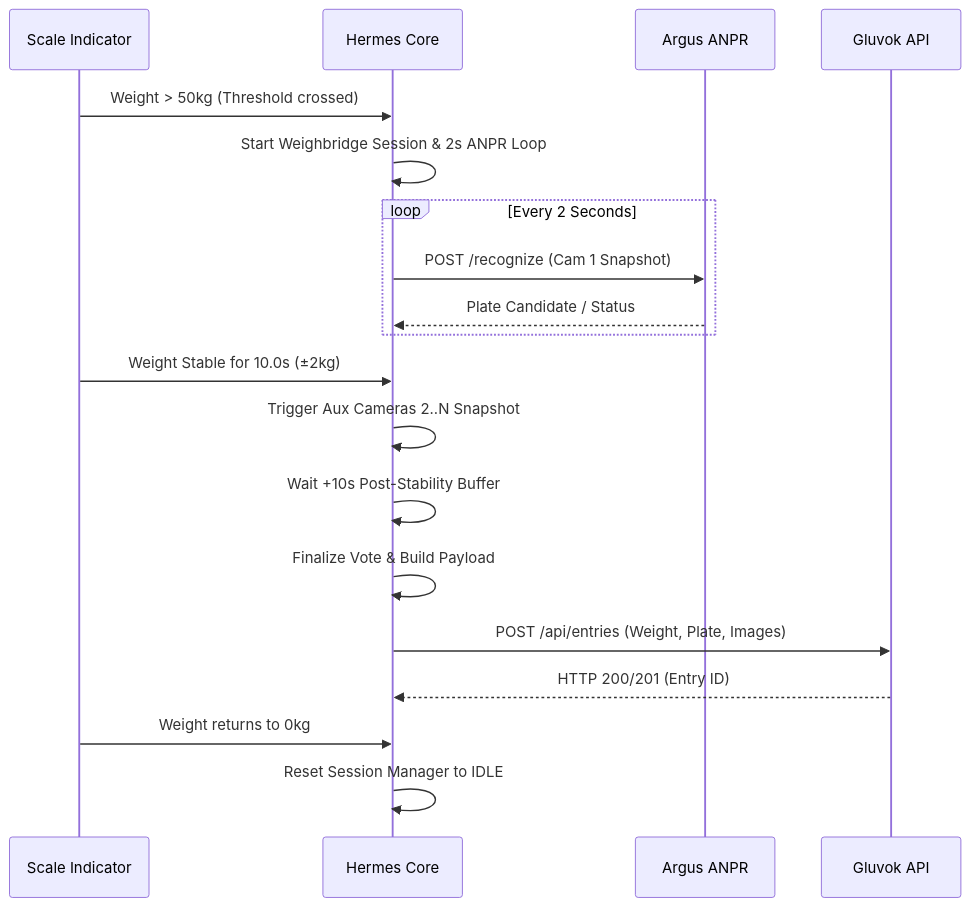
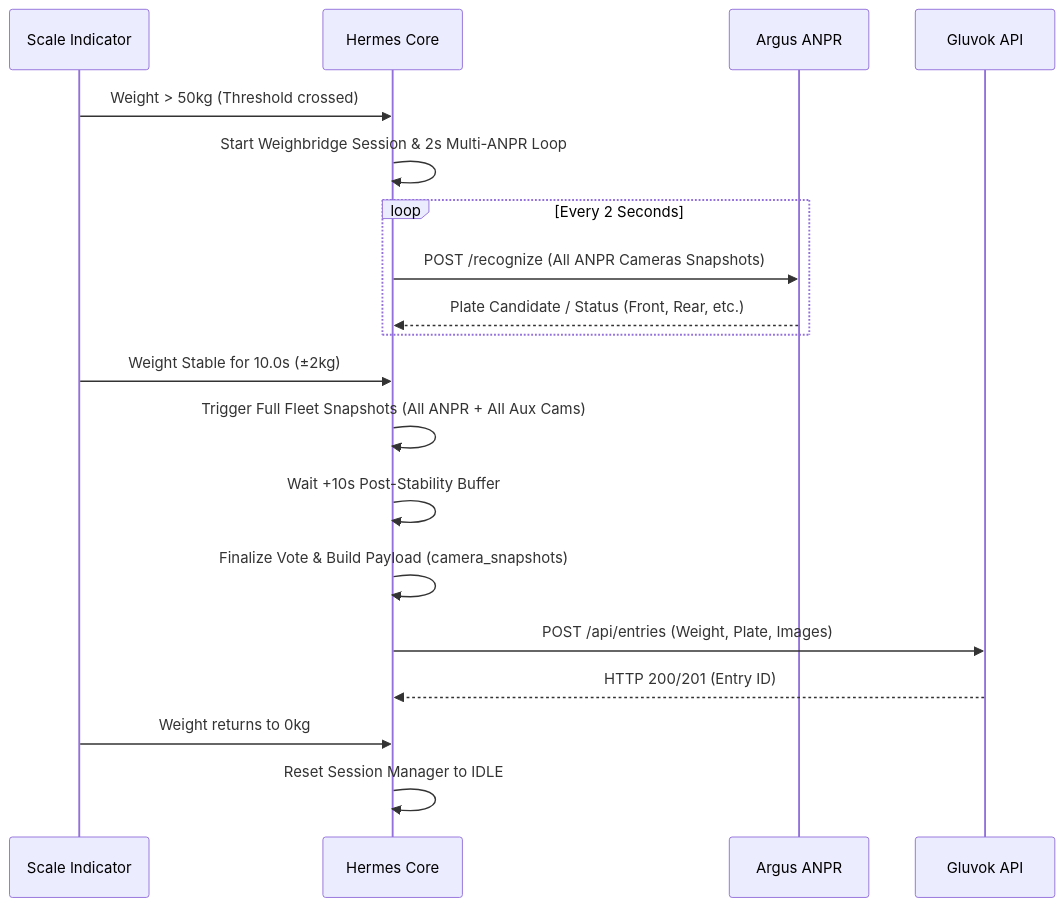
One commit to dheereshag/hermes changed the second of 2 diagrams in docs/ARCHITECTURE.md. Above: the diagram before and after it, drawn with Mermaid. The commit also changed other lines of this file and 16 other files, not shown here.

Commit message:
refactor: replace auxiliary camera capture with full-fleet snapshots and multi-camera ANPR workflows

````diff
--- a/docs/ARCHITECTURE.md
+++ b/docs/ARCHITECTURE.md
@@ -210,22 +212,22 @@
 ```mermaid
 sequenceDiagram
     participant Scale as Scale Indicator
     participant Herm as Hermes Core
     participant Argus as Argus ANPR
     participant Cloud as Gluvok API
 
     Scale->>Herm: Weight > 50kg (Threshold crossed)
-    Herm->>Herm: Start Weighbridge Session & 2s ANPR Loop
+    Herm->>Herm: Start Weighbridge Session & 2s Multi-ANPR Loop
     loop Every 2 Seconds
-        Herm->>Argus: POST /recognize (Cam 1 Snapshot)
-        Argus-->>Herm: Plate Candidate / Status
+        Herm->>Argus: POST /recognize (All ANPR Cameras Snapshots)
+        Argus-->>Herm: Plate Candidate / Status (Front, Rear, etc.)
     end
     Scale->>Herm: Weight Stable for 10.0s (±2kg)
-    Herm->>Herm: Trigger Aux Cameras 2..N Snapshot
+    Herm->>Herm: Trigger Full Fleet Snapshots (All ANPR + All Aux Cams)
     Herm->>Herm: Wait +10s Post-Stability Buffer
-    Herm->>Herm: Finalize Vote & Build Payload
+    Herm->>Herm: Finalize Vote & Build Payload (camera_snapshots)
     Herm->>Cloud: POST /api/entries (Weight, Plate, Images)
     Cloud-->>Herm: HTTP 200/201 (Entry ID)
     Scale->>Herm: Weight returns to 0kg
     Herm->>Herm: Reset Session Manager to IDLE
 ```
````
